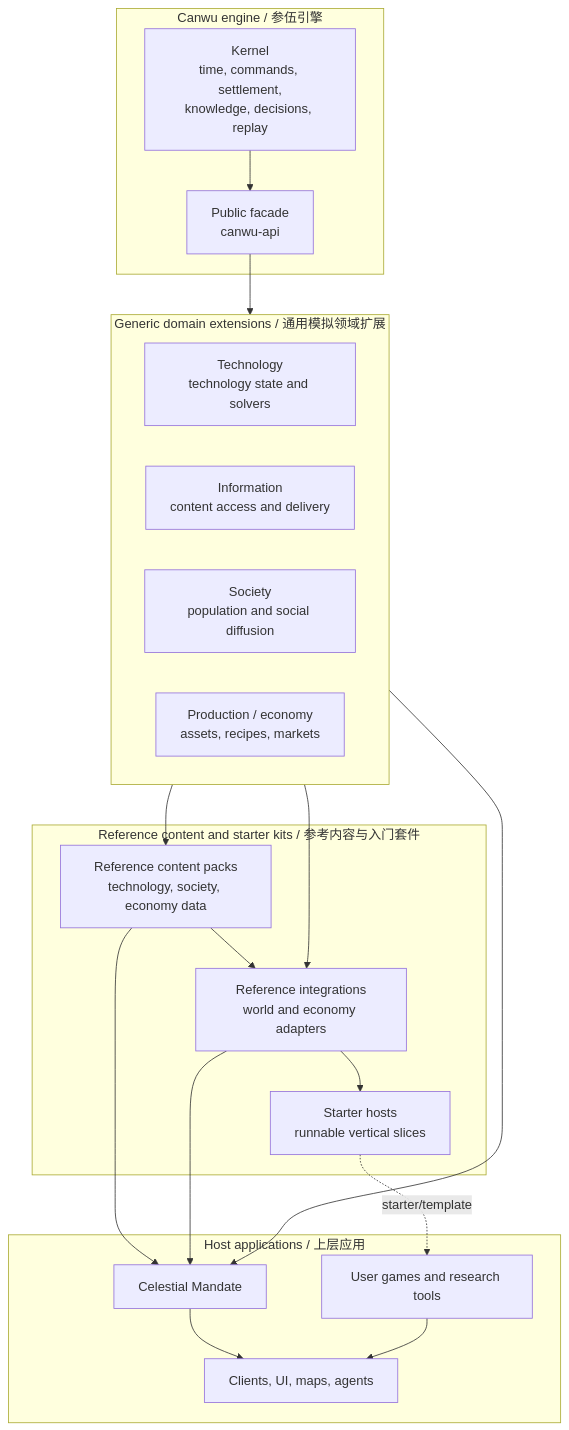
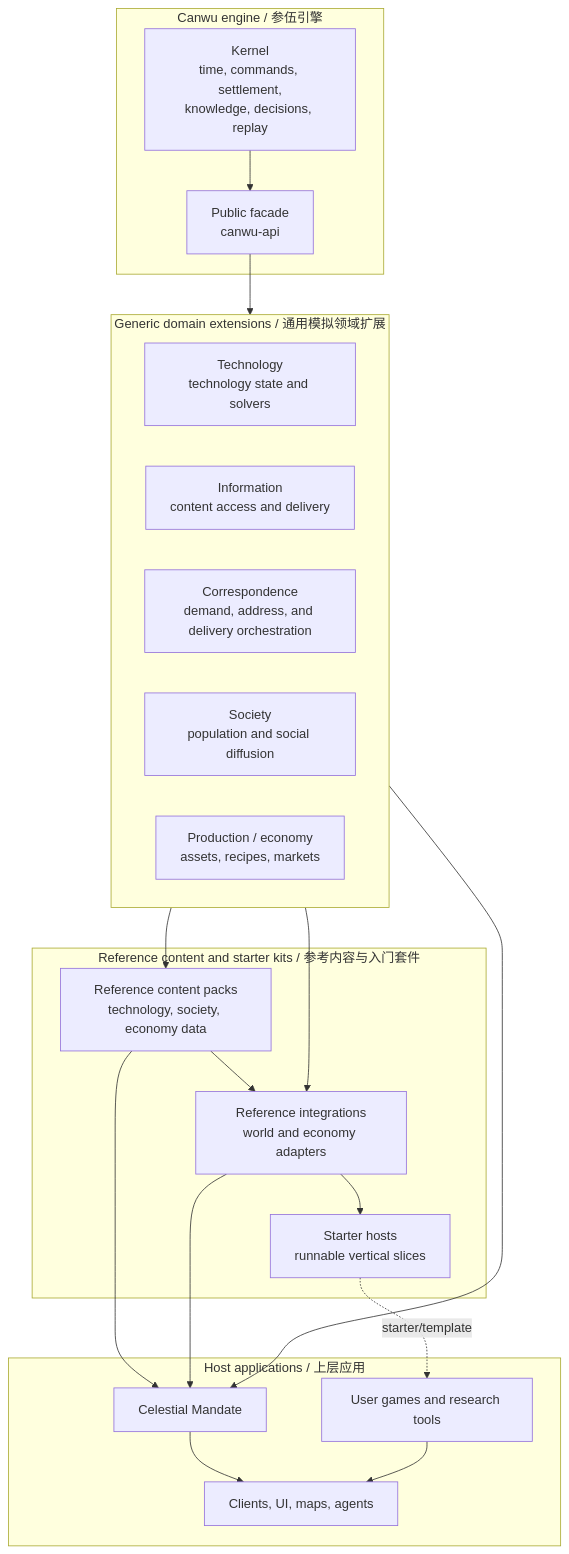
Before and after one commit to PeiyuanQi/canwu: the fourth of 6 diagrams in docs/architecture.md, drawn with Mermaid. The commit also changed other lines of this file and 43 other files, not shown here.

Commit message:
feat: add routed correspondence delivery

````diff
--- a/docs/architecture.md
+++ b/docs/architecture.md
@@ -211,39 +214,40 @@
 ```mermaid
 flowchart TB
     subgraph Engine["Canwu engine / 参伍引擎"]
         Core["Kernel<br/>time, commands, settlement,<br/>knowledge, decisions, replay"]
         Api["Public facade<br/>canwu-api"]
         Core --> Api
     end
 
     subgraph Domains["Generic domain extensions / 通用模拟领域扩展"]
         Tech["Technology<br/>technology state and solvers"]
         Info["Information<br/>content access and delivery"]
+        Correspondence["Correspondence<br/>demand, address, and delivery orchestration"]
         Society["Society<br/>population and social diffusion"]
         Production["Production / economy<br/>assets, recipes, markets"]
     end
 
     subgraph Kits["Reference content and starter kits / 参考内容与入门套件"]
         Packs["Reference content packs<br/>technology, society, economy data"]
         Integrations["Reference integrations<br/>world and economy adapters"]
         Starters["Starter hosts<br/>runnable vertical slices"]
         Packs --> Integrations
         Integrations --> Starters
     end
 
     subgraph Apps["Host applications / 上层应用"]
         CM["Celestial Mandate"]
         UserGames["User games and research tools"]
         Clients["Clients, UI, maps, agents"]
         CM --> Clients
         UserGames --> Clients
     end
 
     Api --> Domains
     Domains --> Packs
     Domains --> Integrations
     Starters -. "starter/template" .-> UserGames
     Packs --> CM
     Integrations --> CM
     Domains --> CM
 ```
````
